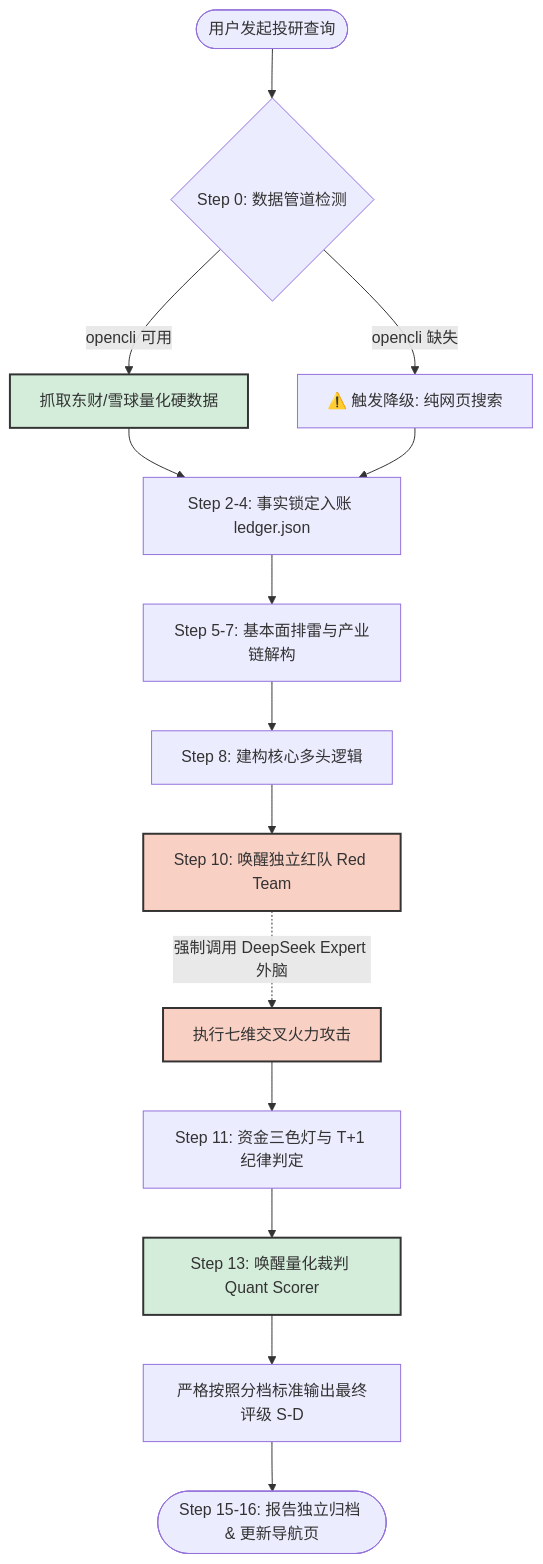
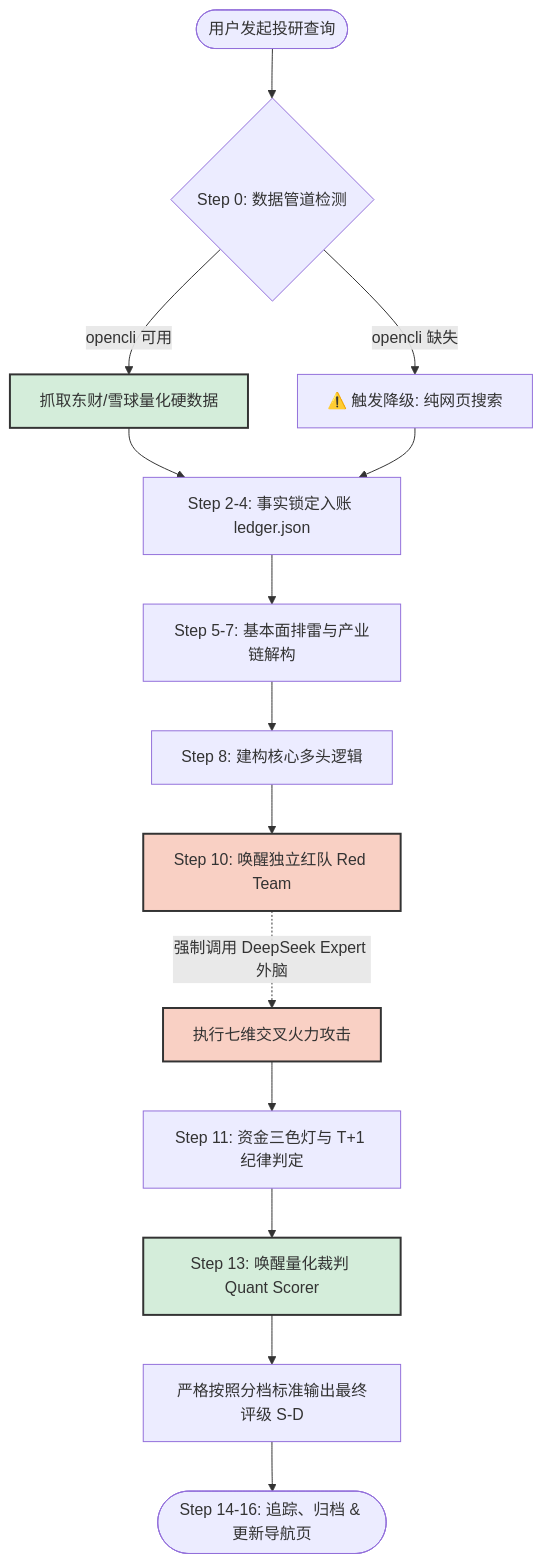
One commit to nihong/company-researcher changed the diagram in README.md. Above: the diagram before and after it, drawn with Mermaid. The commit also changed other lines of this file and 2 other files, not shown here.

````diff
--- a/README.md
+++ b/README.md
@@ -25,21 +25,21 @@
 ```mermaid
 graph TD
     A([用户发起投研查询]) --> B{Step 0: 数据管道检测}
     B -- opencli 可用 --> C[抓取东财/雪球量化硬数据]
     B -- opencli 缺失 --> D[⚠️ 触发降级: 纯网页搜索]
     C --> E[Step 2-4: 事实锁定入账 ledger.json]
     D --> E
     E --> F[Step 5-7: 基本面排雷与产业链解构]
     F --> G[Step 8: 建构核心多头逻辑]
     G --> H[Step 10: 唤醒独立红队 Red Team]
     H -.->|强制调用 DeepSeek Expert 外脑| I[执行七维交叉火力攻击]
     I --> J[Step 11: 资金三色灯与 T+1 纪律判定]
     J --> K[Step 13: 唤醒量化裁判 Quant Scorer]
     K --> L[严格按照分档标准输出最终评级 S-D]
-    L --> M([Step 15-16: 报告独立归档 & 更新导航页])
+    L --> M([Step 14-16: 追踪、归档 & 更新导航页])
 
     classDef red fill:#f9d0c4,stroke:#333,stroke-width:2px;
     class H,I red;
     classDef green fill:#d4edda,stroke:#333,stroke-width:2px;
     class C,K green;
 ```
````
